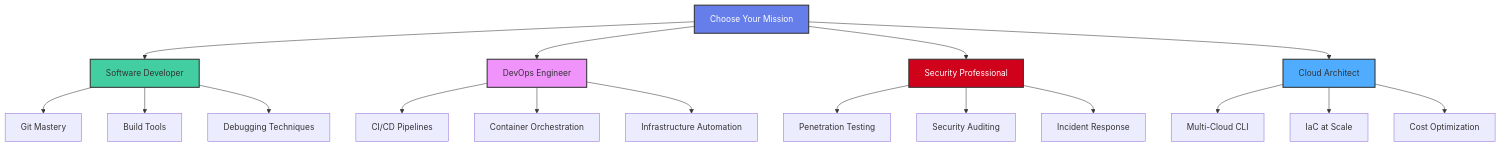
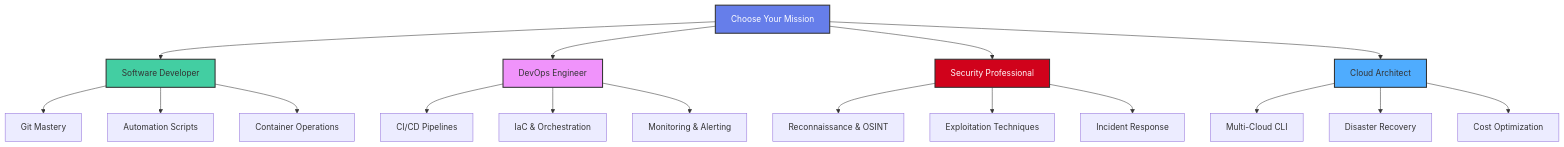
One commit to NovusAevum/cli-sovereign-mastery changed the first of 2 diagrams in README.md. Above: the diagram before and after it, drawn with Mermaid. The commit also changed other lines of this file and 4 other files, not shown here.

````diff
--- a/README.md
+++ b/README.md
@@ -165,29 +117,29 @@
 ```mermaid
 graph TD
     Start[Choose Your Mission] --> Dev[Software Developer]
     Start --> Ops[DevOps Engineer]
     Start --> Sec[Security Professional]
     Start --> Arch[Cloud Architect]
     
     Dev --> Dev1[Git Mastery]
-    Dev --> Dev2[Build Tools]
-    Dev --> Dev3[Debugging Techniques]
+    Dev --> Dev2[Automation Scripts]
+    Dev --> Dev3[Container Operations]
     
     Ops --> Ops1[CI/CD Pipelines]
-    Ops --> Ops2[Container Orchestration]
-    Ops --> Ops3[Infrastructure Automation]
+    Ops --> Ops2[IaC & Orchestration]
+    Ops --> Ops3[Monitoring & Alerting]
     
-    Sec --> Sec1[Penetration Testing]
-    Sec --> Sec2[Security Auditing]
+    Sec --> Sec1[Reconnaissance & OSINT]
+    Sec --> Sec2[Exploitation Techniques]
     Sec --> Sec3[Incident Response]
     
     Arch --> Arch1[Multi-Cloud CLI]
-    Arch --> Arch2[IaC at Scale]
+    Arch --> Arch2[Disaster Recovery]
     Arch --> Arch3[Cost Optimization]
     
     style Start fill:#667eea,stroke:#333,stroke-width:2px,color:#fff
     style Dev fill:#43cea2,stroke:#333,stroke-width:2px
     style Ops fill:#f093fb,stroke:#333,stroke-width:2px
     style Sec fill:#d0021b,stroke:#333,stroke-width:2px,color:#fff
     style Arch fill:#4facfe,stroke:#333,stroke-width:2px
 ```
````
